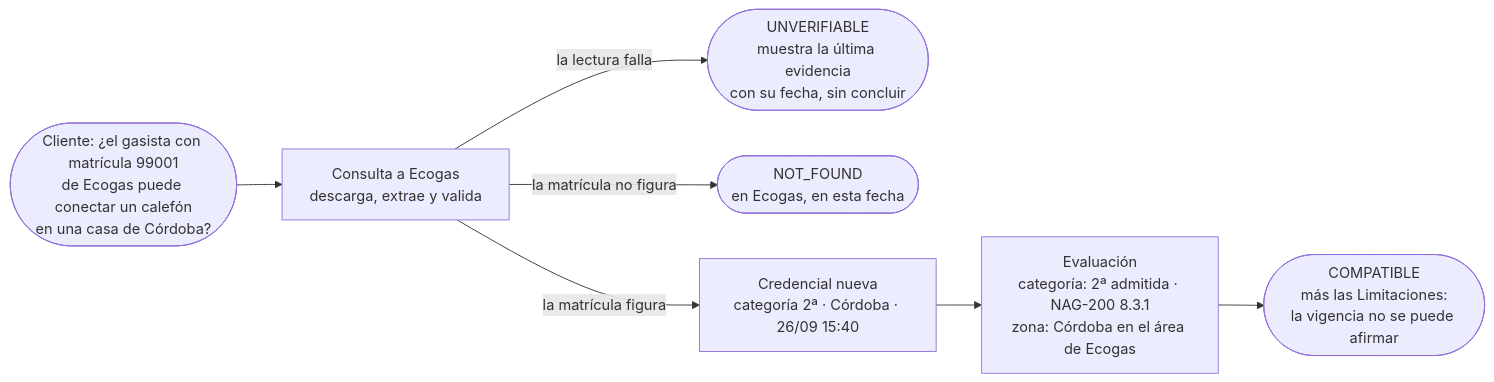
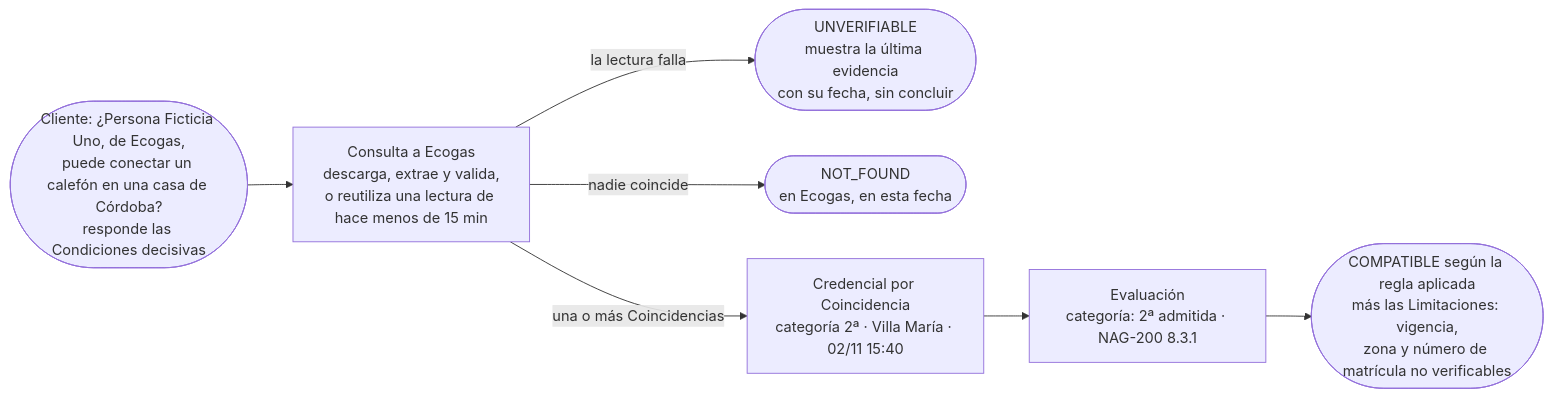
One commit to IvanDaniliuk01/MatriculAR changed the diagram in README.md. Above: the diagram before and after it, drawn with Mermaid. The commit also changed other lines of this file and 62 other files, not shown here.

````diff
--- a/README.md
+++ b/README.md
@@ -95,9 +96,9 @@
 ```mermaid
 flowchart LR
-    P([Cliente: ¿el gasista con matrícula 99001<br/>de Ecogas puede conectar un calefón<br/>en una casa de Córdoba?]) --> C[Consulta a Ecogas<br/>descarga, extrae y valida]
+    P([Cliente: ¿Persona Ficticia Uno, de Ecogas,<br/>puede conectar un calefón en una casa de Córdoba?<br/>responde las Condiciones decisivas]) --> C[Consulta a Ecogas<br/>descarga, extrae y valida,<br/>o reutiliza una lectura de hace menos de 15 min]
     C -->|la lectura falla| NV([UNVERIFIABLE<br/>muestra la última evidencia<br/>con su fecha, sin concluir])
-    C -->|la matrícula no figura| NE([NOT_FOUND<br/>en Ecogas, en esta fecha])
-    C -->|la matrícula figura| CR[Credencial nueva<br/>categoría 2ª · Córdoba · 26/09 15:40]
-    CR --> EV[Evaluación<br/>categoría: 2ª admitida · NAG-200 8.3.1<br/>zona: Córdoba en el área de Ecogas]
-    EV --> R([COMPATIBLE<br/>más las Limitaciones:<br/>la vigencia no se puede afirmar])
+    C -->|nadie coincide| NE([NOT_FOUND<br/>en Ecogas, en esta fecha])
+    C -->|una o más Coincidencias| CR[Credencial por Coincidencia<br/>categoría 2ª · Villa María · 02/11 15:40]
+    CR --> EV[Evaluación<br/>categoría: 2ª admitida · NAG-200 8.3.1]
+    EV --> R([COMPATIBLE según la regla aplicada<br/>más las Limitaciones: vigencia,<br/>zona y número de matrícula no verificables])
 ```
````
